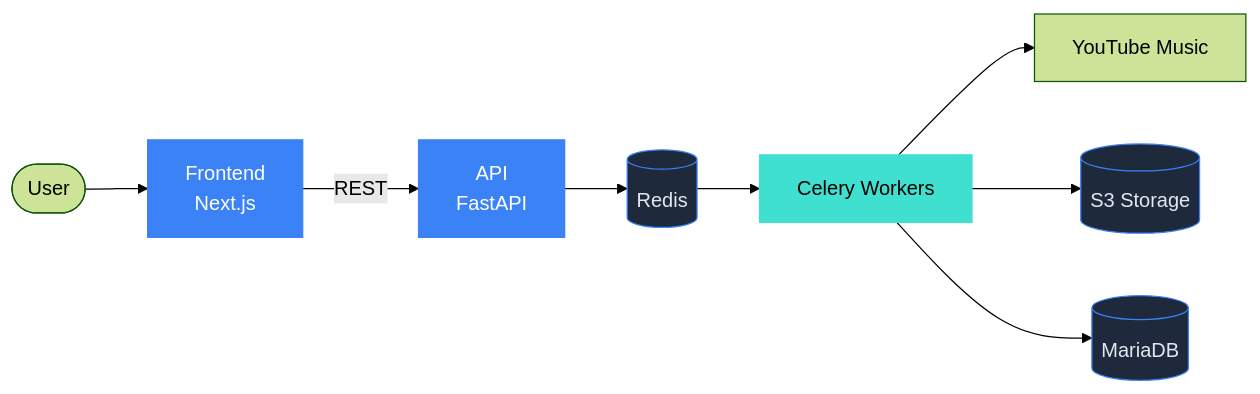
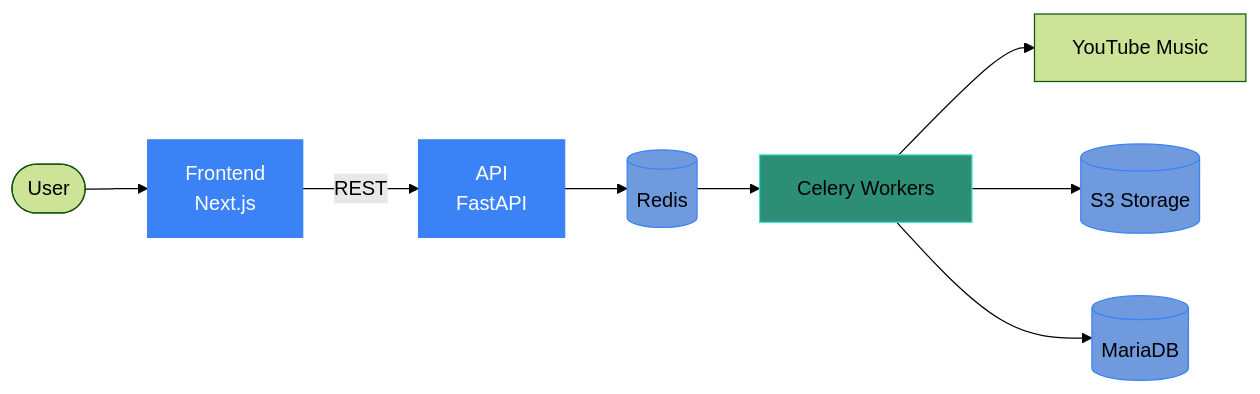
Before and after one commit to Tomifarmer/zimmporter-stack-doc: the diagram in docs/index.md, drawn with Mermaid (forest theme). The commit also changed 2 other files, not shown here.

Commit message:
Update css

````diff
--- a/docs/index.md
+++ b/docs/index.md
@@ -15,18 +15,18 @@
 ```mermaid
 graph LR
   classDef primary fill:#3b82f6,stroke:#3b82f6,color:#fff
-  classDef accent fill:#40e0d0,stroke:#40e0d0,color:#000
-  classDef storage fill:#1e293b,stroke:#3b82f6,color:#e2e8f0
+  classDef accent fill:#2c8f75,stroke:#40e0d0,color:#000
+  classDef storage fill:#6f9ade,stroke:#3b82f6,color:#000
 
   U([User]) --> F[Frontend<br/>Next.js]
   F -->|REST| A[API<br/>FastAPI]
   A --> Q[(Redis)]
   Q --> W[Celery Workers]
   W --> YT[YouTube Music]
   W --> S3[(S3 Storage)]
   W --> DB[(MariaDB)]
 
   class F,A primary
   class W accent
   class Q,S3,DB storage
 ```
````
